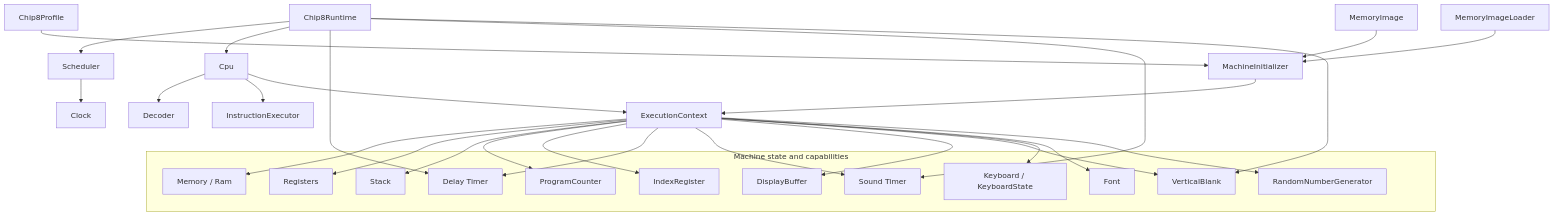
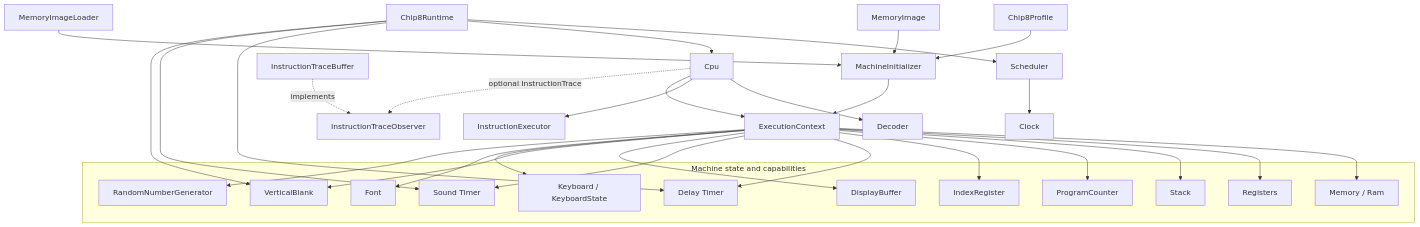
The second of 9 diagrams in docs/architecture/overview.md (fa-ribeiro/Chip8NX), drawn with Mermaid before and after one commit. The commit also changed other lines of this file and 6 other files, not shown here.

````diff
--- a/docs/architecture/overview.md
+++ b/docs/architecture/overview.md
@@ -32,59 +32,65 @@
 ```mermaid
 flowchart TB
     Profile["Chip8Profile"]
     Program["MemoryImage"]
 
     Initializer["MachineInitializer"]
     Loader["MemoryImageLoader"]
 
     Runtime["Chip8Runtime"]
     Scheduler["Scheduler"]
     Clock["Clock"]
 
     Cpu["Cpu"]
     Decoder["Decoder"]
     Executor["InstructionExecutor"]
     Context["ExecutionContext"]
+
+    TraceObserver["InstructionTraceObserver"]
+    TraceBuffer["InstructionTraceBuffer"]
 
     subgraph State["Machine state and capabilities"]
         Memory["Memory / Ram"]
         Registers["Registers"]
         Stack["Stack"]
         PC["ProgramCounter"]
         I["IndexRegister"]
         Delay["Delay Timer"]
         Sound["Sound Timer"]
         Buffer["DisplayBuffer"]
         VBlank["VerticalBlank"]
         Keyboard["Keyboard / KeyboardState"]
         Font["Font"]
         RNG["RandomNumberGenerator"]
     end
     Profile --> Initializer
     Program --> Initializer
     Loader --> Initializer
     Initializer --> Context
 
     Cpu --> Decoder
     Cpu --> Executor
     Cpu --> Context
 
+    Cpu -.->|"optional InstructionTrace"| TraceObserver
+    TraceBuffer -.->|"implements"| TraceObserver
+
     Runtime --> Scheduler
     Scheduler --> Clock
     Runtime --> Cpu
     Runtime --> Delay
     Runtime --> Sound
     Runtime --> VBlank
     Context --> Memory
     Context --> Registers
     Context --> Stack
     Context --> PC
     Context --> I
     Context --> Delay
     Context --> Sound
     Context --> Buffer
     Context --> VBlank
     Context --> Keyboard
     Context --> Font
     Context --> RNG
 ```
````
